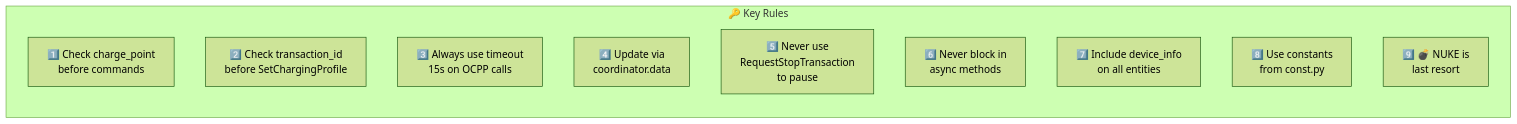
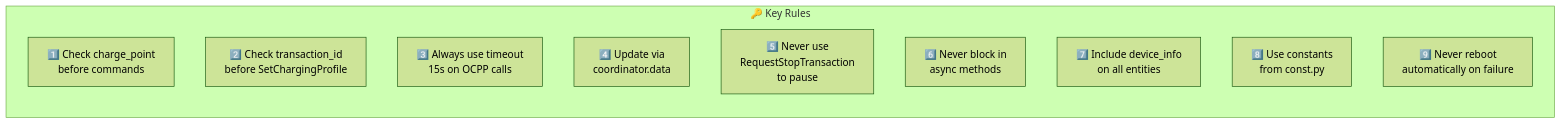
One commit to JoaoPedroBelo/bmw-wallbox-ha changed the fourth of 4 diagrams in custom_components/bmw_wallbox/docs/PATTERNS.md. Above: the diagram before and after it, drawn with Mermaid (forest theme). The commit also changed other lines of this file and 9 other files, not shown here.

````diff
--- a/custom_components/bmw_wallbox/docs/PATTERNS.md
+++ b/custom_components/bmw_wallbox/docs/PATTERNS.md
@@ -474,14 +473,14 @@
 ```mermaid
 flowchart LR
     subgraph Rules["🔑 Key Rules"]
         R1["1️⃣ Check charge_point<br/>before commands"]
         R2["2️⃣ Check transaction_id<br/>before SetChargingProfile"]
         R3["3️⃣ Always use timeout<br/>15s on OCPP calls"]
         R4["4️⃣ Update via<br/>coordinator.data"]
         R5["5️⃣ Never use<br/>RequestStopTransaction<br/>to pause"]
         R6["6️⃣ Never block in<br/>async methods"]
         R7["7️⃣ Include device_info<br/>on all entities"]
         R8["8️⃣ Use constants<br/>from const.py"]
-        R9["9️⃣ 💣 NUKE is<br/>last resort"]
+        R9["9️⃣ Never reboot<br/>automatically on failure"]
     end
 ```
````
